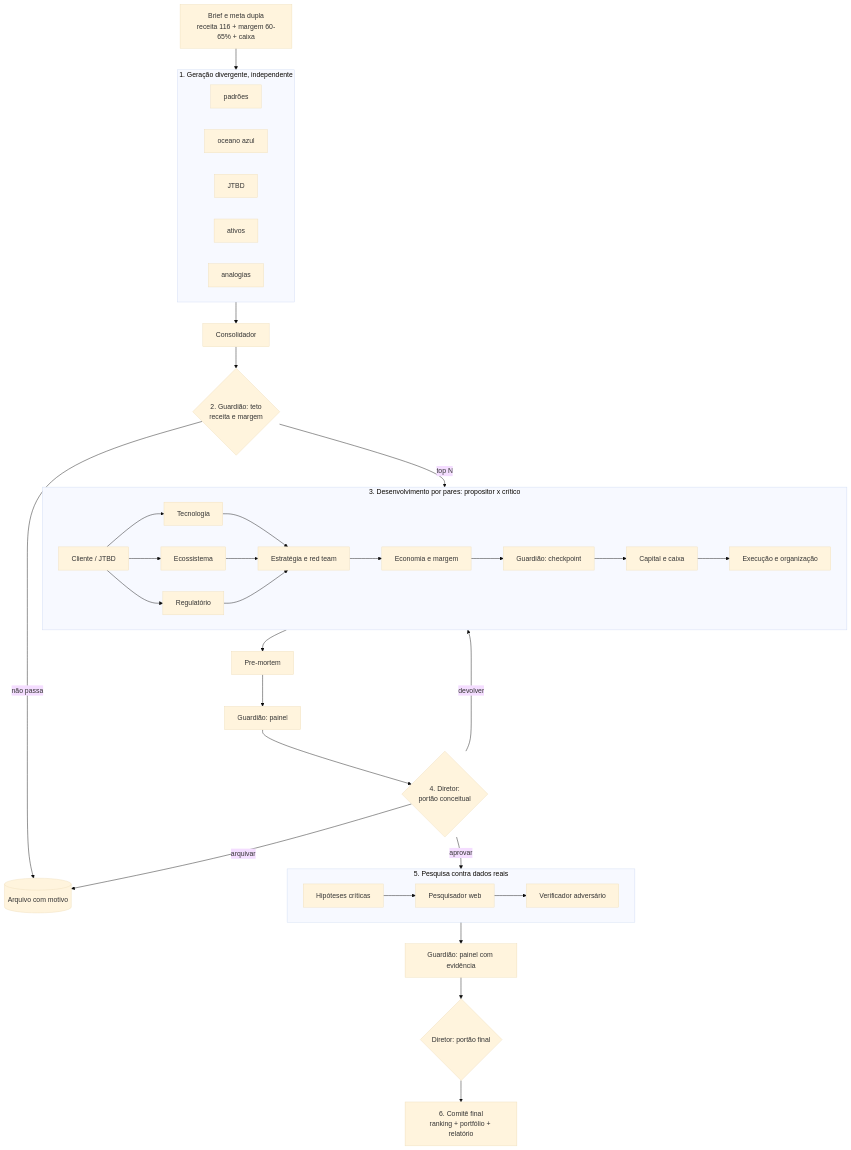
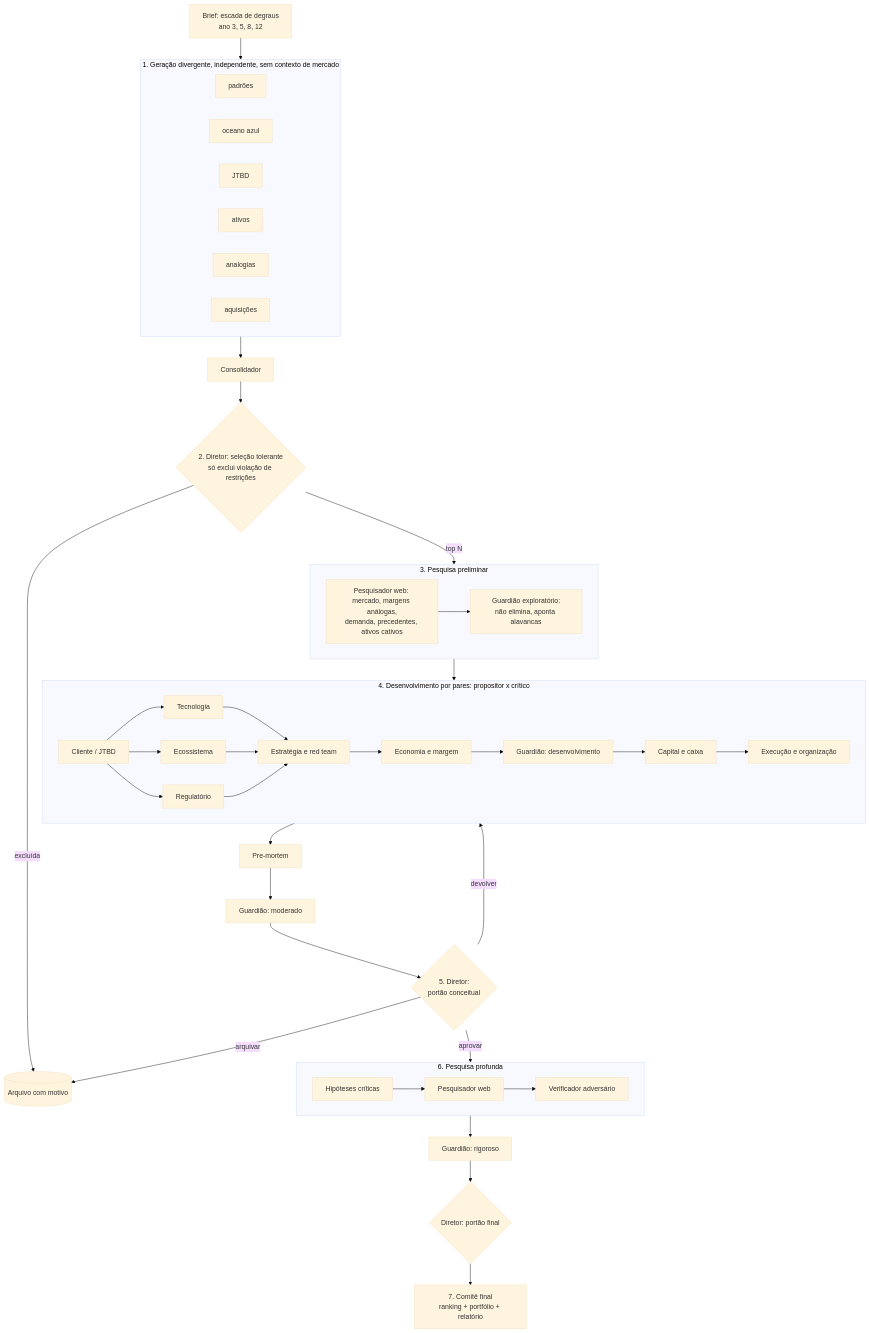
Before and after one commit to caiomperet/Claude-Skills: the diagram in business-model-lab/README.md, drawn with Mermaid (base theme). The commit also changed other lines of this file and 8 other files, not shown here.

````diff
--- a/business-model-lab/README.md
+++ b/business-model-lab/README.md
@@ -25,35 +26,40 @@
 ```mermaid
 flowchart TD
-    BR[Brief e meta dupla<br/>receita 116 + margem 60-65% + caixa] --> G
+    BR[Brief: escada de degraus<br/>ano 3, 5, 8, 12] --> G
 
-    subgraph G[1. Geração divergente, independente]
-      G1[padrões] & G2[oceano azul] & G3[JTBD] & G4[ativos] & G5[analogias]
+    subgraph G[1. Geração divergente, independente, sem contexto de mercado]
+      G1[padrões] & G2[oceano azul] & G3[JTBD] & G4[ativos] & G5[analogias] & G6[aquisições]
     end
     G --> C[Consolidador]
-    C --> T{2. Guardião: teto<br/>receita e margem}
-    T -- não passa --> ARQ[(Arquivo com motivo)]
-    T -- top N --> D
+    C --> SEL{2. Diretor: seleção tolerante<br/>só exclui violação de restrições}
+    SEL -- excluída --> ARQ[(Arquivo com motivo)]
+    SEL -- top N --> PP
 
-    subgraph D[3. Desenvolvimento por pares: propositor x crítico]
+    subgraph PP[3. Pesquisa preliminar]
+      PR[Pesquisador web: mercado, margens análogas,<br/>demanda, precedentes, ativos cativos] --> GX[Guardião exploratório:<br/>não elimina, aponta alavancas]
+    end
+
+    PP --> D
+    subgraph D[4. Desenvolvimento por pares: propositor x crítico]
       P1[Cliente / JTBD] --> P2[Tecnologia] & P3[Ecossistema] & P4[Regulatório]
       P2 & P3 & P4 --> P5[Estratégia e red team]
       P5 --> P6[Economia e margem]
-      P6 --> GU1[Guardião: checkpoint]
+      P6 --> GU1[Guardião: desenvolvimento]
       GU1 --> P7[Capital e caixa]
       P7 --> P8[Execução e organização]
     end
 
     D --> PM[Pre-mortem]
-    PM --> GU2[Guardião: painel]
-    GU2 --> DIR{4. Diretor:<br/>portão conceitual}
+    PM --> GU2[Guardião: moderado]
+    GU2 --> DIR{5. Diretor:<br/>portão conceitual}
     DIR -- devolver --> D
     DIR -- arquivar --> ARQ
     DIR -- aprovar --> R
 
-    subgraph R[5. Pesquisa contra dados reais]
+    subgraph R[6. Pesquisa profunda]
       H[Hipóteses críticas] --> PQ[Pesquisador web] --> VF[Verificador adversário]
     end
-    R --> GU3[Guardião: painel com evidência]
+    R --> GU3[Guardião: rigoroso]
     GU3 --> DF{Diretor: portão final}
-    DF --> CF[6. Comitê final<br/>ranking + portfólio + relatório]
+    DF --> CF[7. Comitê final<br/>ranking + portfólio + relatório]
 ```
````
